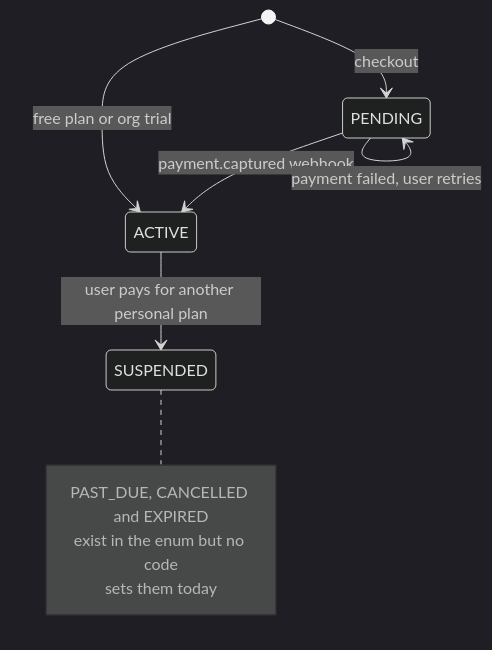
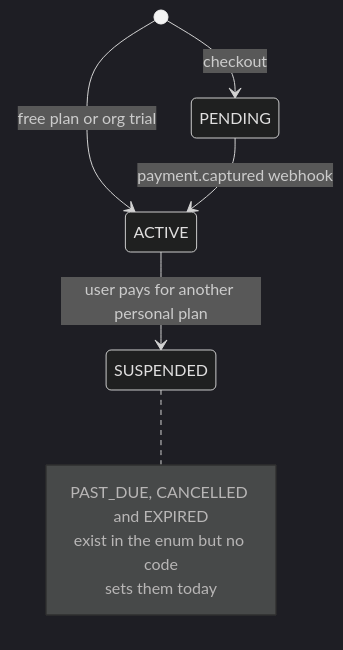
Before and after one commit to sharma-dikshant/TestFlow-Docs: the third of 6 diagrams in docs/hld-design/commerce.md, drawn with Mermaid (dark theme). The commit also changed other lines of this file and 2 other files, not shown here.

````diff
--- a/docs/hld-design/commerce.md
+++ b/docs/hld-design/commerce.md
@@ -154,13 +158,12 @@
 ```mermaid
 stateDiagram-v2
     [*] --> PENDING : checkout
     [*] --> ACTIVE : free plan or org trial
     PENDING --> ACTIVE : payment.captured webhook
-    PENDING --> PENDING : payment failed, user retries
     ACTIVE --> SUSPENDED : user pays for another personal plan
     note right of SUSPENDED
         PAST_DUE, CANCELLED and EXPIRED
         exist in the enum but no code
         sets them today
     end note
 ```
````
